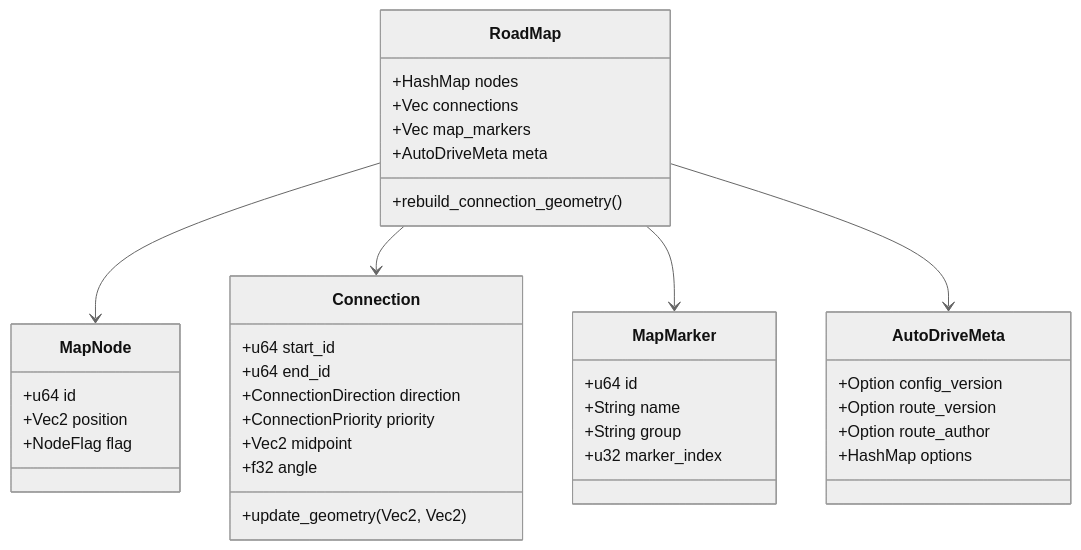
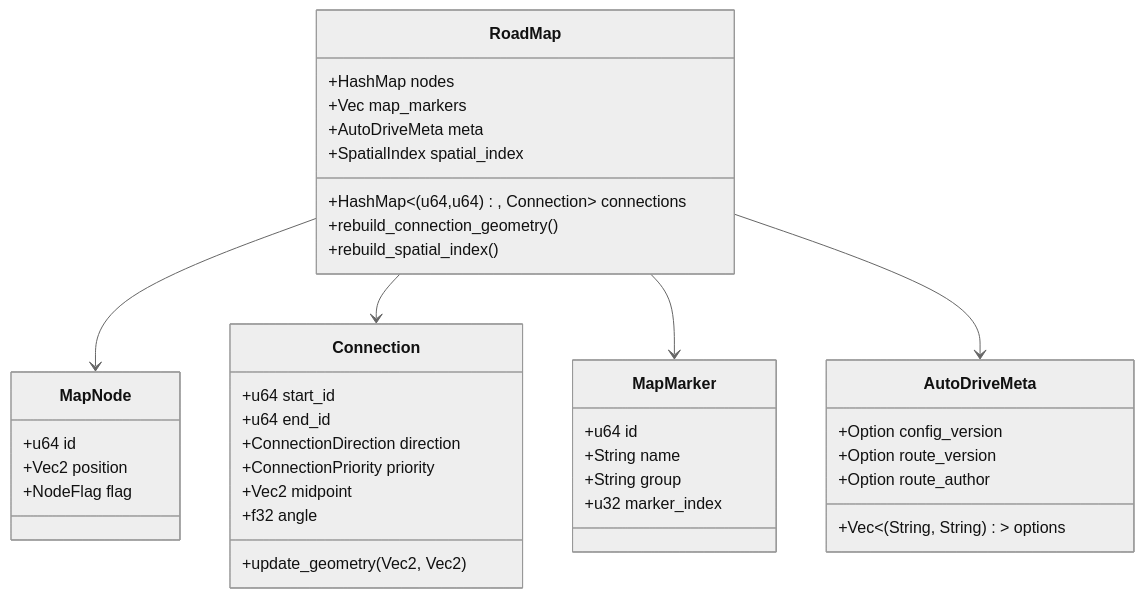
One commit to mro68/fs25_ad_editor changed the first of 3 diagrams in docs/DATA_MODEL.md. Above: the diagram before and after it, drawn with Mermaid (neutral theme). The commit also changed other lines of this file and 21 other files, not shown here.

````diff
--- a/docs/DATA_MODEL.md
+++ b/docs/DATA_MODEL.md
@@ -35,45 +36,47 @@
 ```mermaid
 classDiagram
     class RoadMap {
         +HashMap<u64, MapNode> nodes
-        +Vec<Connection> connections
+        +HashMap<(u64,u64), Connection> connections
         +Vec<MapMarker> map_markers
         +AutoDriveMeta meta
+        +SpatialIndex spatial_index
         +rebuild_connection_geometry()
+        +rebuild_spatial_index()
     }
 
     class MapNode {
         +u64 id
         +Vec2 position
         +NodeFlag flag
     }
 
     class Connection {
         +u64 start_id
         +u64 end_id
         +ConnectionDirection direction
         +ConnectionPriority priority
         +Vec2 midpoint
         +f32 angle
         +update_geometry(Vec2, Vec2)
     }
 
     class MapMarker {
         +u64 id
         +String name
         +String group
         +u32 marker_index
     }
 
     class AutoDriveMeta {
         +Option<String> config_version
         +Option<String> route_version
         +Option<String> route_author
-        +HashMap<String, String> options
+        +Vec<(String, String)> options
     }
 
     RoadMap --> MapNode
     RoadMap --> Connection
     RoadMap --> MapMarker
     RoadMap --> AutoDriveMeta
 ```
````
